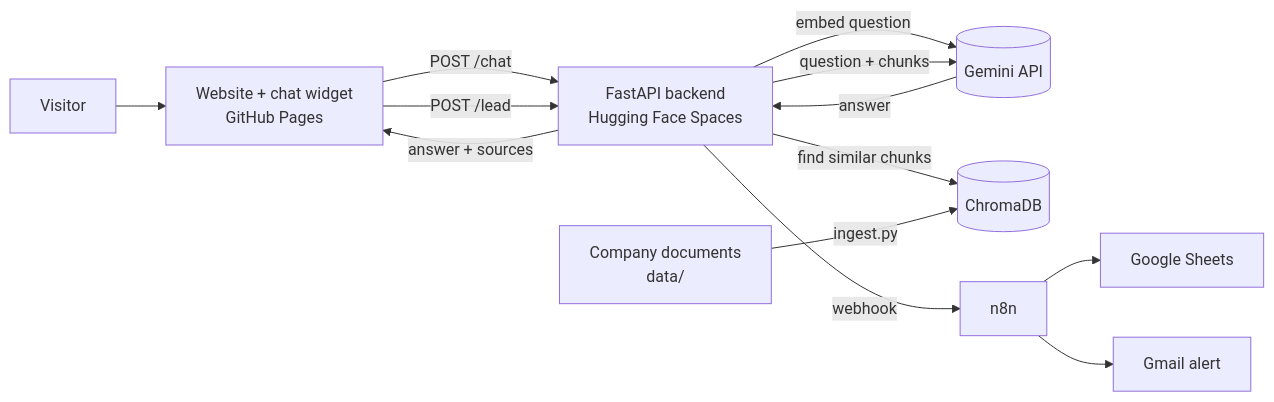
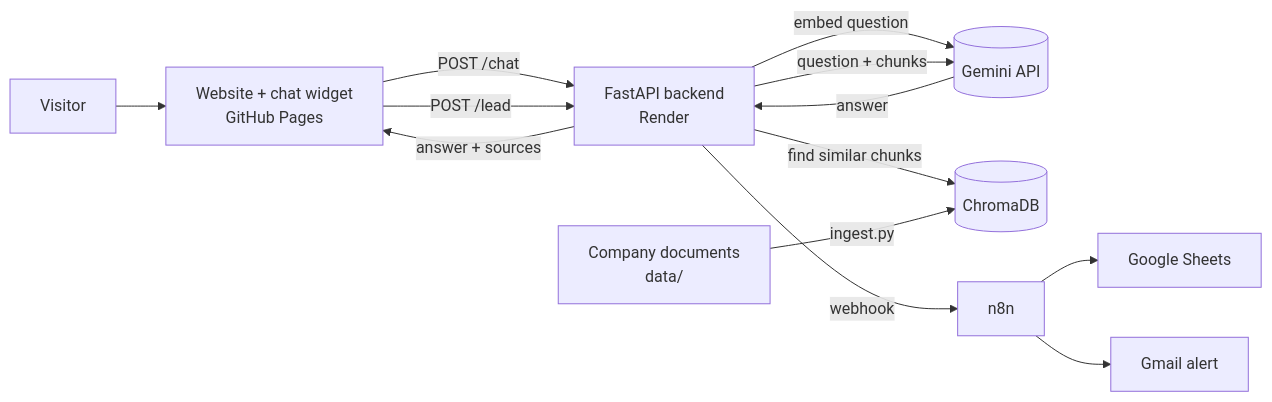
Before and after one commit to Shazil-Qureshi/realestate-chatbot: the diagram in docs/01_project_overview.md, drawn with Mermaid. The commit also changed other lines of this file and 14 other files, not shown here.

Commit message:
Task 3.3: move backend hosting to Render (Hugging Face Docker became paid)

````diff
--- a/docs/01_project_overview.md
+++ b/docs/01_project_overview.md
@@ -61,15 +61,15 @@
 ```mermaid
 flowchart LR
     U[Visitor] --> W[Website + chat widget<br/>GitHub Pages]
-    W -- "POST /chat" --> B[FastAPI backend<br/>Hugging Face Spaces]
+    W -- "POST /chat" --> B[FastAPI backend<br/>Render]
     B -- "embed question" --> G[(Gemini API)]
     B -- "find similar chunks" --> C[(ChromaDB)]
     B -- "question + chunks" --> G
     G -- "answer" --> B
     B -- "answer + sources" --> W
     W -- "POST /lead" --> B
     B -- "webhook" --> N[n8n]
     N --> S[Google Sheets]
     N --> M[Gmail alert]
     D[Company documents<br/>data/] -- "ingest.py" --> C
 ```
````
